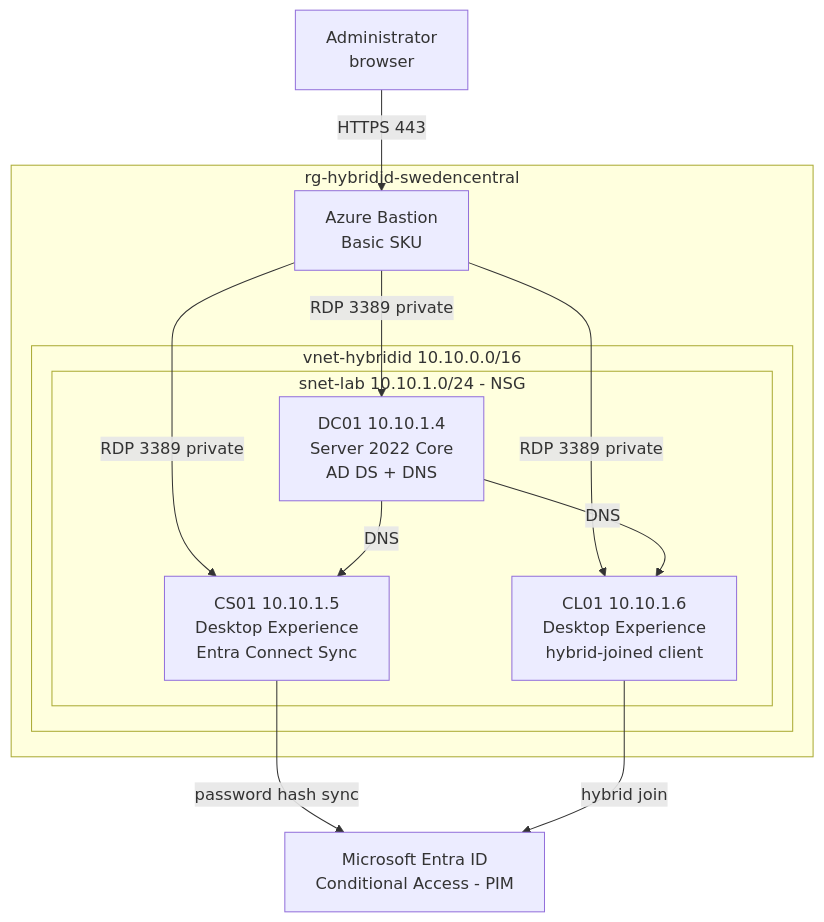
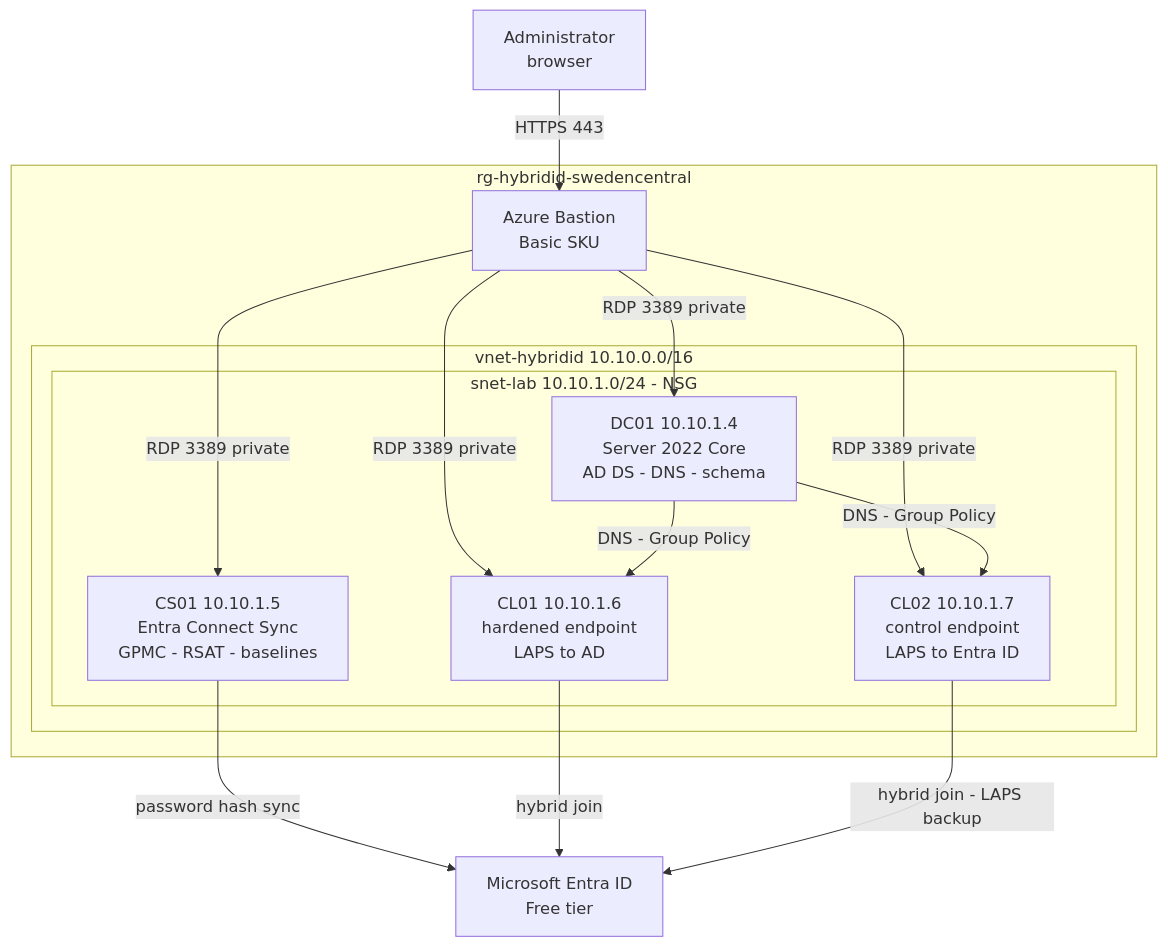
One commit to sindredg/Hybrid-Identities-EntraID-and-AD changed the diagram in README.md. Above: the diagram before and after it, drawn with Mermaid. The commit also changed other lines of this file and 16 other files, not shown here.

````diff
--- a/README.md
+++ b/README.md
@@ -23,26 +32,29 @@
 ```mermaid
 flowchart TB
     U[Administrator<br/>browser]
 
     subgraph rg[rg-hybridid-swedencentral]
         BAS[Azure Bastion<br/>Basic SKU]
         subgraph vnet[vnet-hybridid 10.10.0.0/16]
             subgraph snet[snet-lab 10.10.1.0/24 - NSG]
-                DC[DC01 10.10.1.4<br/>Server 2022 Core<br/>AD DS + DNS]
-                CS[CS01 10.10.1.5<br/>Desktop Experience<br/>Entra Connect Sync]
-                CL[CL01 10.10.1.6<br/>Desktop Experience<br/>hybrid-joined client]
+                DC[DC01 10.10.1.4<br/>Server 2022 Core<br/>AD DS - DNS - schema]
+                MG[CS01 10.10.1.5<br/>Entra Connect Sync<br/>GPMC - RSAT - baselines]
+                C1[CL01 10.10.1.6<br/>hardened endpoint<br/>LAPS to AD]
+                C2[CL02 10.10.1.7<br/>control endpoint<br/>LAPS to Entra ID]
             end
         end
     end
 
-    ENT[Microsoft Entra ID<br/>Conditional Access - PIM]
+    ENT[Microsoft Entra ID<br/>Free tier]
 
     U -- HTTPS 443 --> BAS
     BAS -- RDP 3389 private --> DC
-    BAS -- RDP 3389 private --> CS
-    BAS -- RDP 3389 private --> CL
-    DC -- DNS --> CS
-    DC -- DNS --> CL
-    CS -- password hash sync --> ENT
-    CL -- hybrid join --> ENT
+    BAS -- RDP 3389 private --> MG
+    BAS -- RDP 3389 private --> C1
+    BAS -- RDP 3389 private --> C2
+    DC -- DNS - Group Policy --> C1
+    DC -- DNS - Group Policy --> C2
+    MG -- password hash sync --> ENT
+    C1 -- hybrid join --> ENT
+    C2 -- hybrid join - LAPS backup --> ENT
 ```
````
